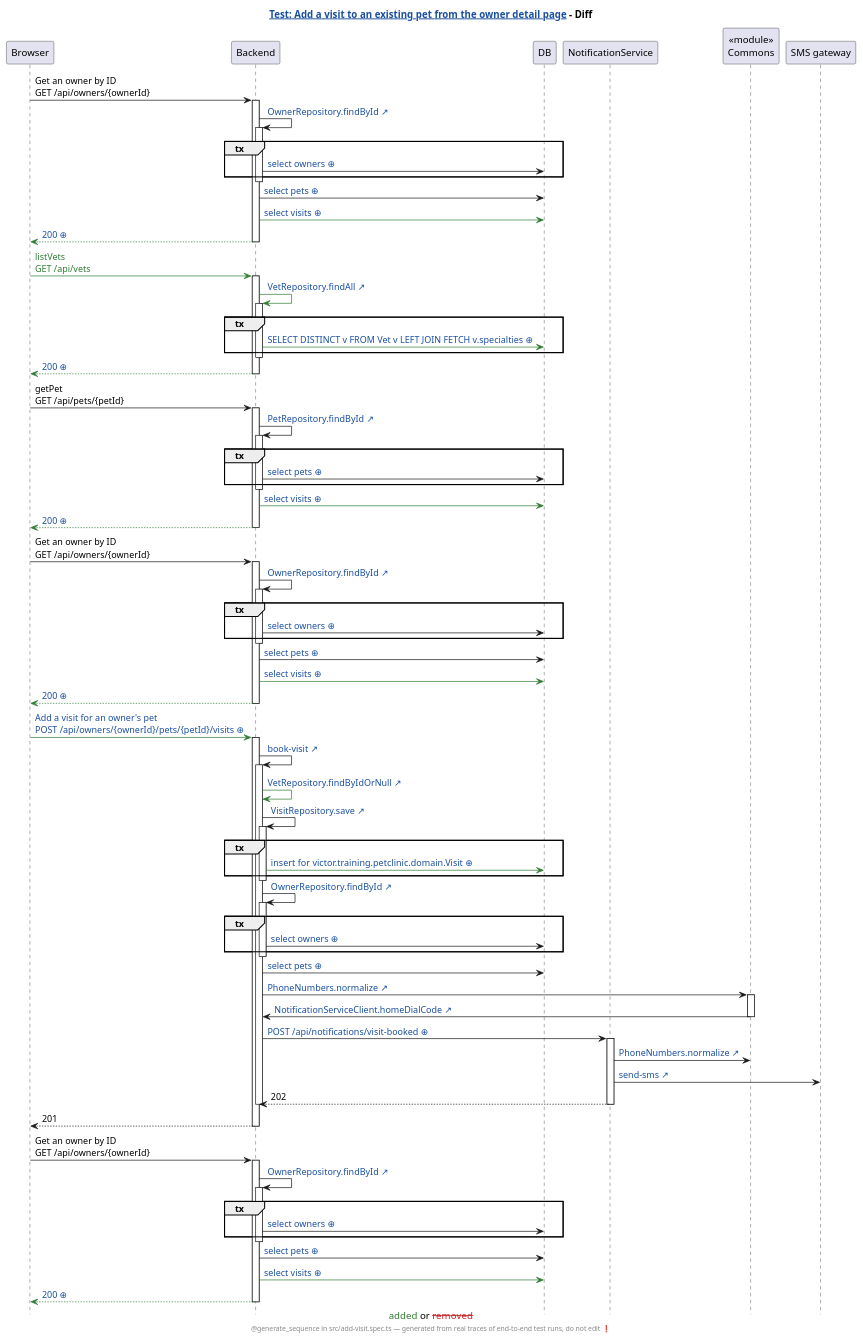
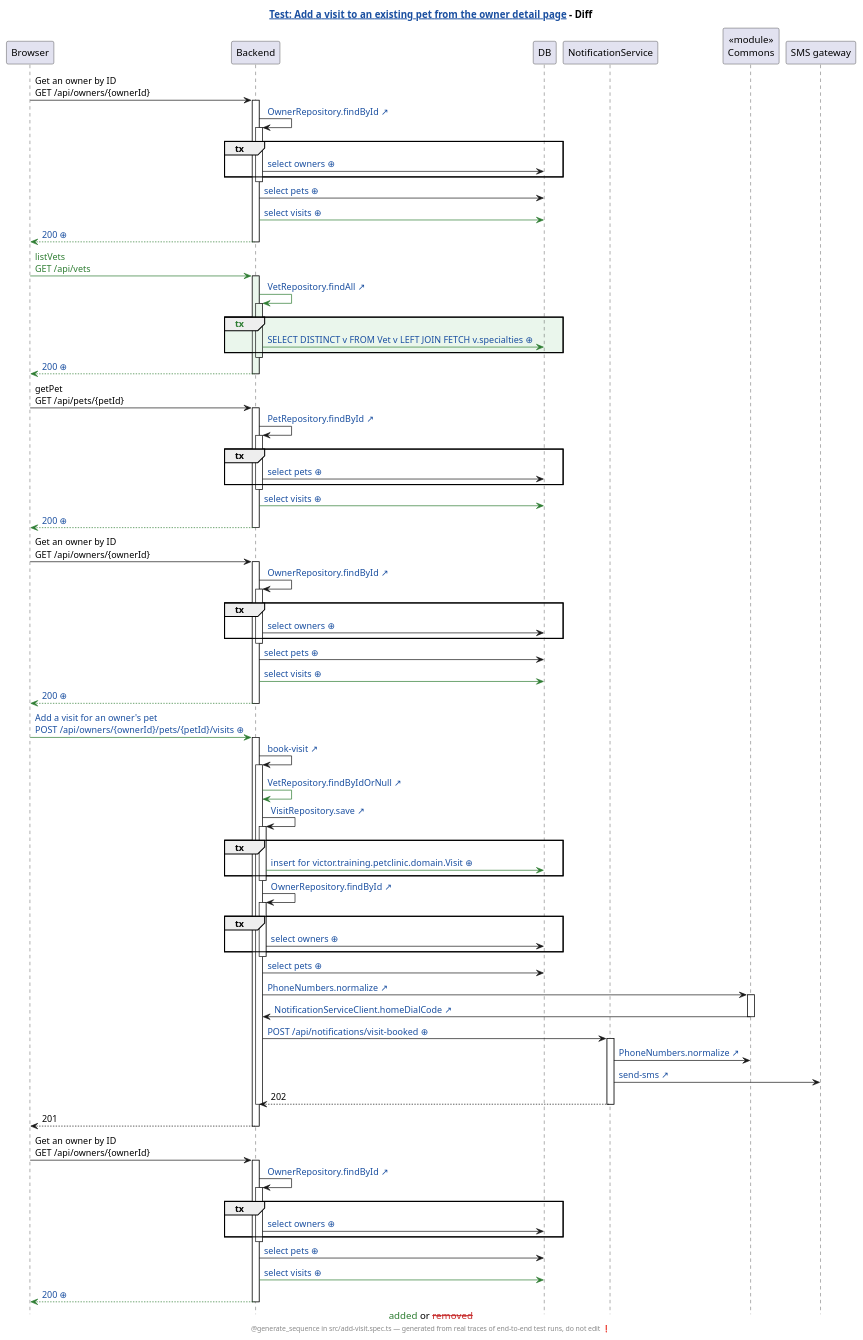
Before and after one commit to AgustinOliver98/human-review: the diagram in demo/demo/assets/diagrams/petclinic-test_generated_add-visit.spec.ts.add-a-visit-to-an-existing-pet-from-the-owner-detail-page.genseq.diff.puml, drawn with PlantUML. The commit also changed 73 other files, not shown here.

```diff
--- a/demo/demo/assets/diagrams/petclinic-test_generated_add-visit.spec.ts.add-a-visit-to-an-existing-pet-from-the-owner-detail-page.genseq.diff.puml
+++ b/demo/demo/assets/diagrams/petclinic-test_generated_add-visit.spec.ts.add-a-visit-to-an-existing-pet-from-the-owner-detail-page.genseq.diff.puml
@@ -1,102 +1,102 @@
 @startuml
 caption <color:#2E7D32>added</color> or <color:#C62828><s>removed</s></color>
 hide footbox
 skinparam hyperlinkUnderline false
 skinparam hyperlinkColor #1A4FA0
 title [[src://petclinic-test/src/add-visit.spec.ts:31{Click to open the test} Test: Add a visit to an existing pet from the owner detail page]] - Diff
 footer @generate_sequence in src/add-visit.spec.ts — generated from real traces of end-to-end test runs, do not edit ❗
 participant Browser
 participant Backend
 participant DB
 participant NotificationService
 participant "«module»\nCommons" as Commons
 participant "SMS gateway"
 Browser -> Backend: Get an owner by ID\nGET /api/owners/{ownerId}
 activate Backend
 Backend -> Backend: [[src://petclinic-backend/src/main/java/victor/training/petclinic/repository/OwnerRepository.java:14{Click to open OwnerRepository.findById} OwnerRepository.findById ↗]]
 activate Backend
 group tx
 Backend -> DB: [[genseq://0x8aana{Click for the statement behind this call} select owners ⊕]]
 end
 deactivate Backend
 Backend -> DB: [[genseq://18567ho{Click for the statement behind this call} select pets ⊕]]
 Backend -[#2E7D32]> DB: [[genseq://1eq1h2q{Click for the statement behind this call} select visits ⊕]]
 Backend -[#2E7D32]-> Browser: [[genseq://1bhasc1{Click for this call’s JSON body} 200 ⊕]]
 deactivate Backend
 Browser -[#2E7D32]> Backend: <color:#2E7D32>listVets</color>\n<color:#2E7D32>GET /api/vets</color>
-activate Backend
+activate Backend #EAF6EC
 Backend -[#2E7D32]> Backend: [[src://petclinic-backend/src/main/java/victor/training/petclinic/repository/VetRepository.java:13{Click to open VetRepository.findAll} VetRepository.findAll ↗]]
-activate Backend
-group tx
+activate Backend #EAF6EC
+group #EAF6EC <color:#2E7D32>tx</color>
 Backend -[#2E7D32]> DB: [[genseq://0p6yxbc{Click for the statement behind this call} SELECT DISTINCT v FROM Vet v LEFT JOIN FETCH v.specialties ⊕]]
 end
 deactivate Backend
 Backend -[#2E7D32]-> Browser: [[genseq://1nmg2oo{Click for this call’s JSON body} 200 ⊕]]
 deactivate Backend
 Browser -> Backend: getPet\nGET /api/pets/{petId}
 activate Backend
 Backend -> Backend: [[src://petclinic-backend/src/main/java/victor/training/petclinic/repository/PetRepository.java:16{Click to open PetRepository.findById} PetRepository.findById ↗]]
 activate Backend
 group tx
 Backend -> DB: [[genseq://0y7w2ps{Click for the statement behind this call} select pets ⊕]]
 end
 deactivate Backend
 Backend -[#2E7D32]> DB: [[genseq://1eq1h2q{Click for the statement behind this call} select visits ⊕]]
 Backend -[#2E7D32]-> Browser: [[genseq://0n1gsl8{Click for this call’s JSON body} 200 ⊕]]
 deactivate Backend
 Browser -> Backend: Get an owner by ID\nGET /api/owners/{ownerId}
 activate Backend
 Backend -> Backend: [[src://petclinic-backend/src/main/java/victor/training/petclinic/repository/OwnerRepository.java:14{Click to open OwnerRepository.findById} OwnerRepository.findById ↗]]
 activate Backend
 group tx
 Backend -> DB: [[genseq://0x8aana{Click for the statement behind this call} select owners ⊕]]
 end
 deactivate Backend
 Backend -> DB: [[genseq://18567ho{Click for the statement behind this call} select pets ⊕]]
 Backend -[#2E7D32]> DB: [[genseq://1eq1h2q{Click for the statement behind this call} select visits ⊕]]
 Backend -[#2E7D32]-> Browser: [[genseq://1bhasc1{Click for this call’s JSON body} 200 ⊕]]
 deactivate Backend
 Browser -[#2E7D32]> Backend: [[genseq://1q2fpzp{Click for this call’s JSON body} Add a visit for an owner's pet\nPOST /api/owners/{ownerId}/pets/{petId}/visits ⊕]]
 activate Backend
 Backend -> Backend: [[src://petclinic-backend/src/main/java/victor/training/petclinic/rest/OwnerRestController.java:193{Click to open OwnerRestController.bookVisit} book-visit ↗]]
 activate Backend
 Backend -[#2E7D32]> Backend: [[src://petclinic-backend/src/main/java/victor/training/petclinic/repository/VetRepository.java:19{Click to open VetRepository.findByIdOrNull} VetRepository.findByIdOrNull ↗]]
 Backend -> Backend: [[src://petclinic-backend/src/main/java/victor/training/petclinic/repository/VisitRepository.java:14{Click to open VisitRepository.save} VisitRepository.save ↗]]
 activate Backend
 group tx
 Backend -[#2E7D32]> DB: [[genseq://12v4i52{Click for the statement behind this call} insert for victor.training.petclinic.domain.Visit ⊕]]
 end
 deactivate Backend
 Backend -> Backend: [[src://petclinic-backend/src/main/java/victor/training/petclinic/repository/OwnerRepository.java:14{Click to open OwnerRepository.findById} OwnerRepository.findById ↗]]
 activate Backend
 group tx
 Backend -> DB: [[genseq://0x8aana{Click for the statement behind this call} select owners ⊕]]
 end
 deactivate Backend
 Backend -> DB: [[genseq://18567ho{Click for the statement behind this call} select pets ⊕]]
 Backend -> Commons: [[src://petclinic-commons/src/main/java/victor/training/commons/PhoneNumbers.java:8{Click to open PhoneNumbers.normalize} PhoneNumbers.normalize ↗]]
 activate Commons
 Commons -> Backend: [[src://petclinic-backend/src/main/java/victor/training/petclinic/notification/NotificationServiceClient.java:45{Click to open NotificationServiceClient.homeDialCode} NotificationServiceClient.homeDialCode ↗]]
 deactivate Commons
 Backend -> NotificationService: [[genseq://1p4ogm5{Click for this call’s JSON body} POST /api/notifications/visit-booked ⊕]]
 activate NotificationService
 NotificationService -> Commons: [[src://petclinic-commons/src/main/java/victor/training/commons/PhoneNumbers.java:8{Click to open PhoneNumbers.normalize} PhoneNumbers.normalize ↗]]
 NotificationService -> "SMS gateway": [[src://notification-service/src/main/java/victor/training/notification/SmsGateway.java:23{Click to open SmsGateway.send} send-sms ↗]]
 NotificationService --> Backend: 202
 deactivate NotificationService
 deactivate Backend
 Backend --> Browser: 201
 deactivate Backend
 Browser -> Backend: Get an owner by ID\nGET /api/owners/{ownerId}
 activate Backend
 Backend -> Backend: [[src://petclinic-backend/src/main/java/victor/training/petclinic/repository/OwnerRepository.java:14{Click to open OwnerRepository.findById} OwnerRepository.findById ↗]]
 activate Backend
 group tx
 Backend -> DB: [[genseq://0x8aana{Click for the statement behind this call} select owners ⊕]]
 end
 deactivate Backend
 Backend -> DB: [[genseq://18567ho{Click for the statement behind this call} select pets ⊕]]
 Backend -[#2E7D32]> DB: [[genseq://1eq1h2q{Click for the statement behind this call} select visits ⊕]]
 Backend -[#2E7D32]-> Browser: [[genseq://018343d{Click for this call’s JSON body} 200 ⊕]]
 deactivate Backend
 @enduml
```
